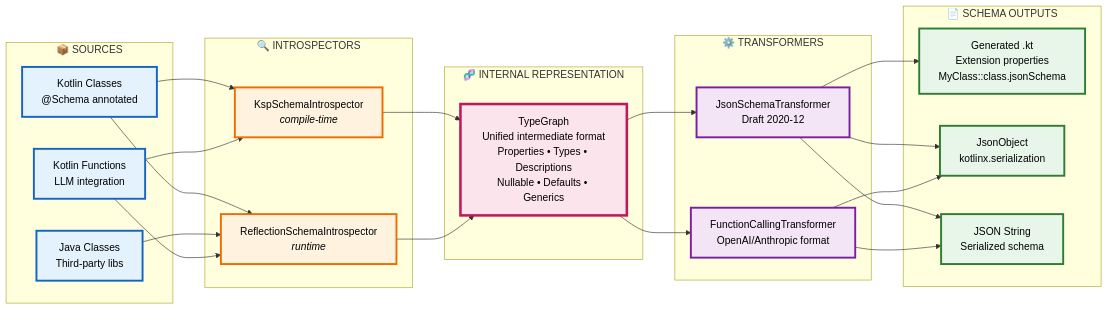
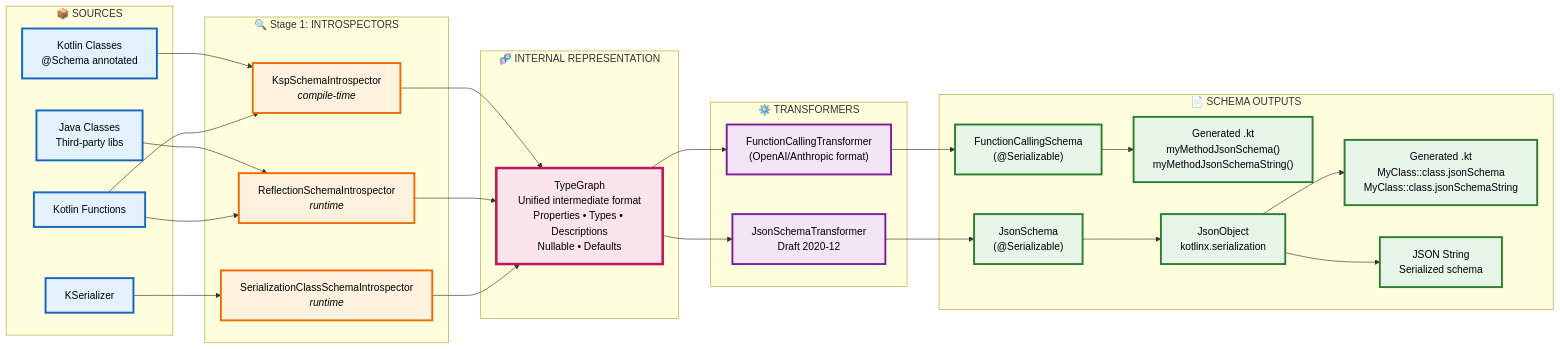
Before and after one commit to Kotlin/kotlinx-schema: the first of 3 diagrams in docs/architecture.md, drawn with Mermaid. The commit also changed other lines of this file, not shown here.

Commit message:
docs: Update architecture with KSerializer support
- Updated architecture documentation to clarify the pipeline stages with improved descriptions.
- Added KSerializer as a new schema source to the pipeline, reflected in the Mermaid diagram.
- Expanded transformer and output stages to include FunctionCallingSchema and JsonSchema outputs.
- Included updated diagrams and details on runtime introspection via SerializationClassSchemaIntrospector.

````diff
--- a/docs/architecture.md
+++ b/docs/architecture.md
@@ -22,58 +22,65 @@
 ```mermaid
 graph LR
     subgraph Sources["📦 SOURCES"]
         Kotlin["Kotlin Classes<br/>@Schema annotated"]
+        KSerializer["KSerializer"]
         Java["Java Classes<br/>Third-party libs"]
-        Functions["Kotlin Functions<br/>LLM integration"]
+        Functions["Kotlin Functions"]
     end
 
-    subgraph Introspectors["🔍 INTROSPECTORS"]
+    subgraph Introspectors["🔍 Stage 1: INTROSPECTORS"]
         KSP["KspSchemaIntrospector<br/><i>compile-time</i>"]
         Reflect["ReflectionSchemaIntrospector<br/><i>runtime</i>"]
+        Serialization["SerializationClassSchemaIntrospector<br/><i>runtime</i>"]
     end
 
     subgraph IR["🧬 INTERNAL REPRESENTATION"]
-        TypeGraph["TypeGraph<br/>Unified intermediate format<br/>Properties • Types • Descriptions<br/>Nullable • Defaults • Generics"]
+        TypeGraph["TypeGraph<br/>Unified intermediate format<br/>Properties • Types • Descriptions<br/>Nullable • Defaults"]
     end
 
     subgraph Transformers["⚙️ TRANSFORMERS"]
         JsonTransform["JsonSchemaTransformer<br/>Draft 2020-12"]
-        FuncTransform["FunctionCallingTransformer<br/>OpenAI/Anthropic format"]
+        FuncTransform["FunctionCallingTransformer<br/>(OpenAI/Anthropic format)"]
     end
 
     subgraph Output["📄 SCHEMA OUTPUTS"]
-        KtGen["Generated .kt<br/>Extension properties<br/>MyClass::class.jsonSchema"]
+        KtClass["Generated .kt<br/>MyClass::class.jsonSchema<br/>MyClass::class.jsonSchemaString"]
+        KtFunc["Generated .kt<br/>myMethodJsonSchema()<br/>myMethodJsonSchemaString()"]
+        JsonSchema["JsonSchema<br/>(@Serializable)"]
         JsonObj["JsonObject<br/>kotlinx.serialization"]
         JsonStr["JSON String<br/>Serialized schema"]
+        FuncSchema["FunctionCallingSchema<br/>(@Serializable)"]
     end
 
     Kotlin --> KSP
-    Kotlin --> Reflect
+    KSerializer --> Serialization
     Java --> Reflect
     Functions --> KSP
     Functions --> Reflect
 
     KSP --> TypeGraph
     Reflect --> TypeGraph
+    Serialization --> TypeGraph
 
     TypeGraph --> JsonTransform
     TypeGraph --> FuncTransform
 
-    JsonTransform --> KtGen
-    JsonTransform --> JsonObj
-    JsonTransform --> JsonStr
-    FuncTransform --> JsonObj
-    FuncTransform --> JsonStr
+    JsonTransform --> JsonSchema
+    FuncTransform --> FuncSchema
+    JsonSchema --> JsonObj
+    FuncSchema --> KtFunc
+    JsonObj --> JsonStr
+    JsonObj --> KtClass
 
     classDef sourceStyle fill:#e3f2fd,stroke:#1565c0,stroke-width:3px,color:#000
     classDef introspectorStyle fill:#fff3e0,stroke:#ef6c00,stroke-width:3px,color:#000
     classDef irStyle fill:#fce4ec,stroke:#c2185b,stroke-width:4px,color:#000
     classDef transformStyle fill:#f3e5f5,stroke:#7b1fa2,stroke-width:3px,color:#000
     classDef outputStyle fill:#e8f5e9,stroke:#2e7d32,stroke-width:3px,color:#000
 
-    class Kotlin,Java,Functions sourceStyle
-    class KSP,Reflect introspectorStyle
+    class Kotlin,Java,Functions,KSerializer sourceStyle
+    class KSP,Reflect,Serialization introspectorStyle
     class TypeGraph irStyle
     class JsonTransform,FuncTransform transformStyle
-    class KtGen,JsonObj,JsonStr outputStyle
+    class KtClass,KtFunc,JsonSchema,FuncSchema,JsonObj,JsonStr outputStyle
 ```
````
